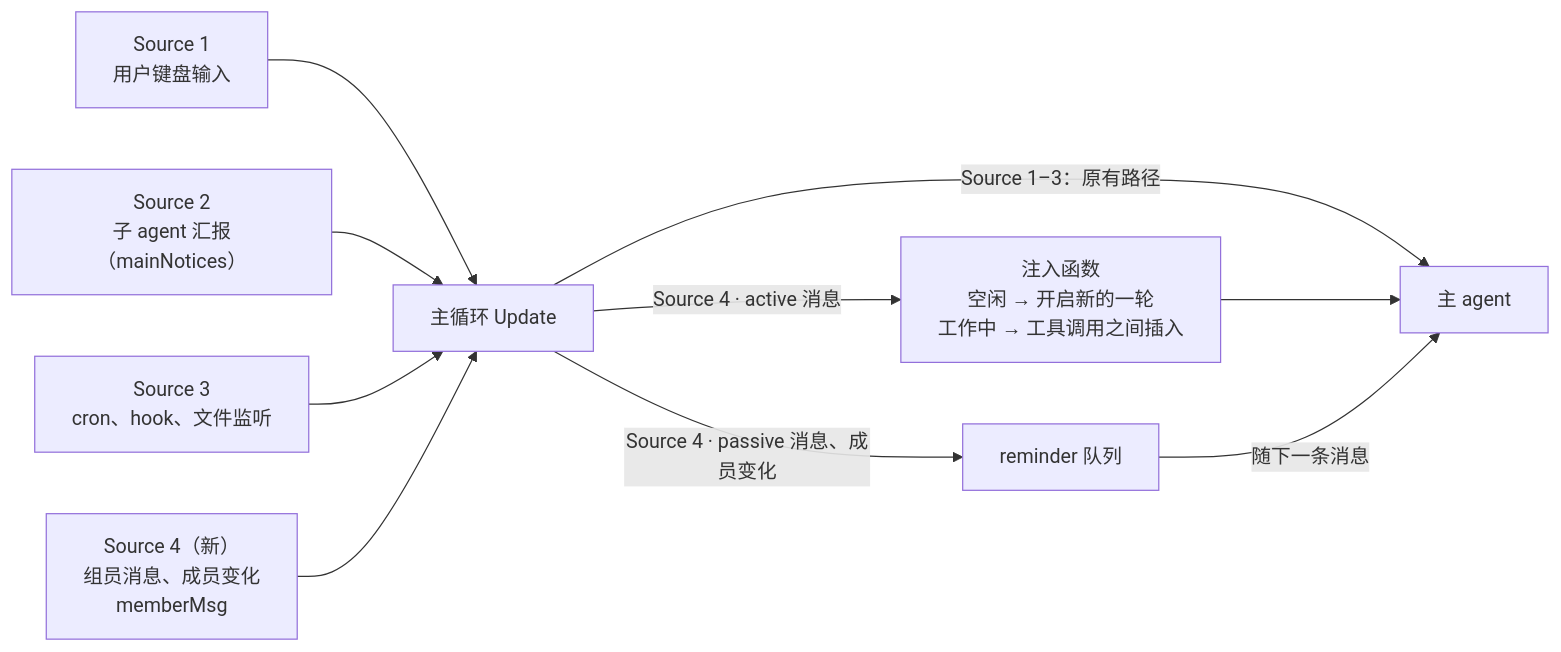
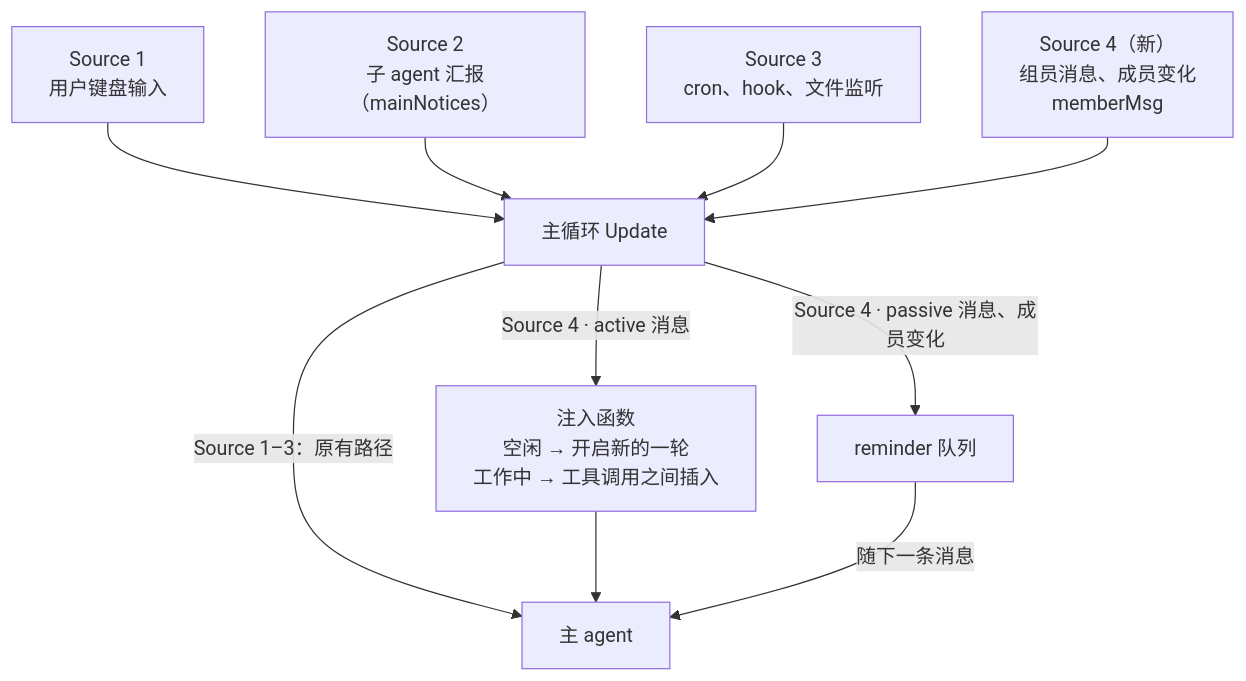
The fifth of 5 diagrams in docs/design/proposals/0003-session-groups.zh.md (genai-io/san), drawn with Mermaid before and after one commit. The commit also changed 1 other file, not shown here.

Commit message:
docs(design): PROP-0003 — input-source diagram top to bottom

````diff
--- a/docs/design/proposals/0003-session-groups.zh.md
+++ b/docs/design/proposals/0003-session-groups.zh.md
@@ -322,10 +322,10 @@
 ```mermaid
-flowchart LR
+flowchart TB
     S1["Source 1<br/>用户键盘输入"] --> U
     S2["Source 2<br/>子 agent 汇报（mainNotices）"] --> U
     S3["Source 3<br/>cron、hook、文件监听"] --> U
     S4["Source 4（新）<br/>组员消息、成员变化<br/>memberMsg"] --> U
     U["主循环 Update"] -->|"Source 1–3：原有路径"| A["主 agent"]
     U -->|"Source 4 · active 消息"| I["注入函数<br/>空闲 → 开启新的一轮<br/>工作中 → 工具调用之间插入"] --> A
     U -->|"Source 4 · passive 消息、成员变化"| Q["reminder 队列"] -->|随下一条消息| A
 ```
````
